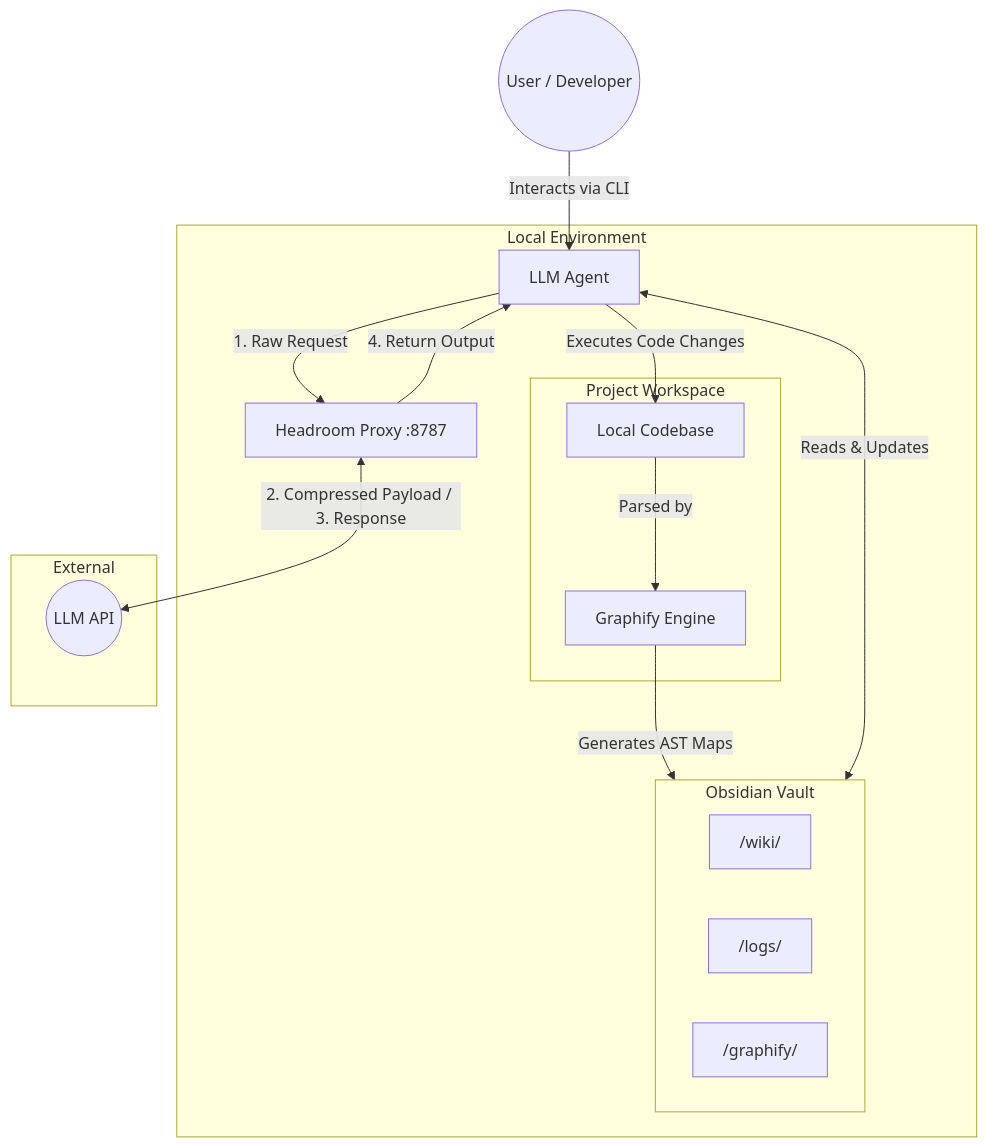
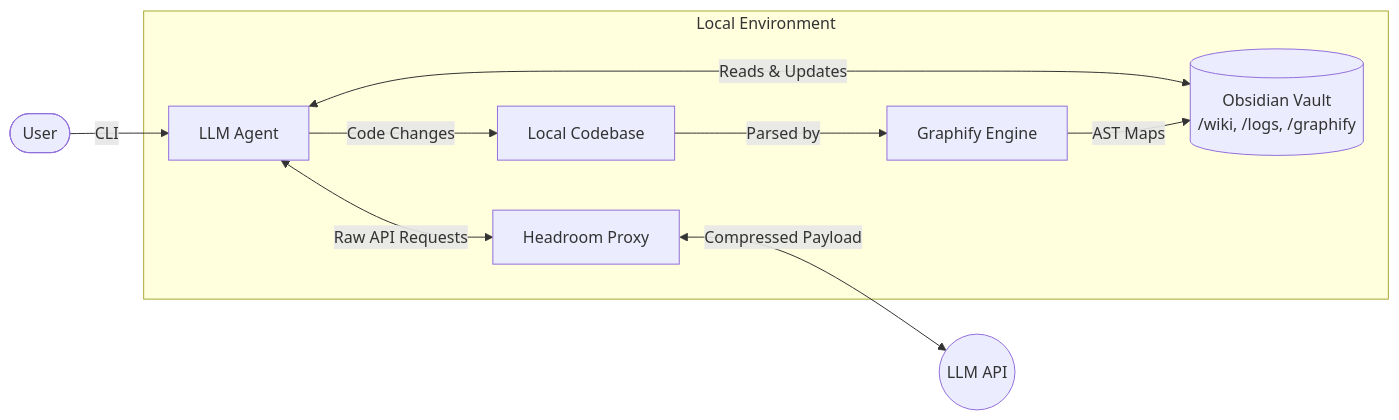
The diagram in README.md (jpmsilva1/ai-research-workflow), drawn with Mermaid before and after one commit.

Commit message:
docs: compact architecture diagram for better visibility

````diff
--- a/README.md
+++ b/README.md
@@ -81,35 +81,15 @@
 ```mermaid
-flowchart TB
-    U((User / Developer)) -->|Interacts via CLI| L[LLM Agent]
-
-    subgraph LocalEnv [Local Environment]
-        L
-
-        subgraph Workflow [Project Workspace]
-            C[Local Codebase] -->|Parsed by| G[Graphify Engine]
-        end
-
-        subgraph Vault [Obsidian Vault]
-            direction LR
-            W["/wiki/"]
-            Lg["/logs/"]
-            Gr["/graphify/"]
-        end
-
-        HP[Headroom Proxy :8787]
+flowchart LR
+    User([User]) -->|CLI| Agent[LLM Agent]
+    
+    subgraph Local [Local Environment]
+        Agent <-->|Reads & Updates| Vault[(Obsidian Vault<br/>/wiki, /logs, /graphify)]
+        Agent -->|Code Changes| Code[Local Codebase]
+        Code -->|Parsed by| Graphify[Graphify Engine]
+        Graphify -->|AST Maps| Vault
+        
+        Agent <-->|Raw API Requests| Proxy[Headroom Proxy]
     end
-
-    subgraph Cloud [External]
-        API((LLM API))
-    end
-
-    %% Internal Agent Interactions
-    L <-->|Reads & Updates| Vault
-    L -->|Executes Code Changes| C
-    G -->|Generates AST Maps| Gr
-
-    %% Network Flow
-    L -->|1. Raw Request| HP
-    HP -->|4. Return Output| L
-    HP <-->|2. Compressed Payload / 3. Response| API
+    
+    Proxy <-->|Compressed Payload| API((LLM API))
 ```
````
